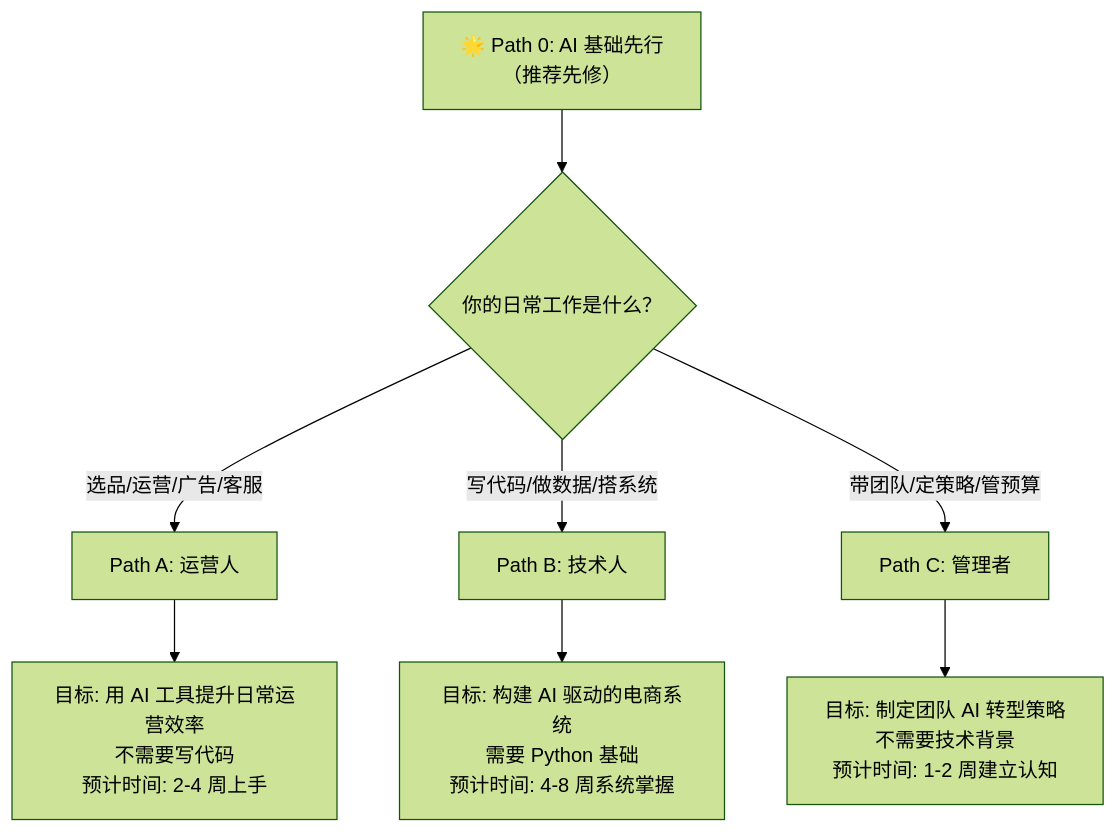
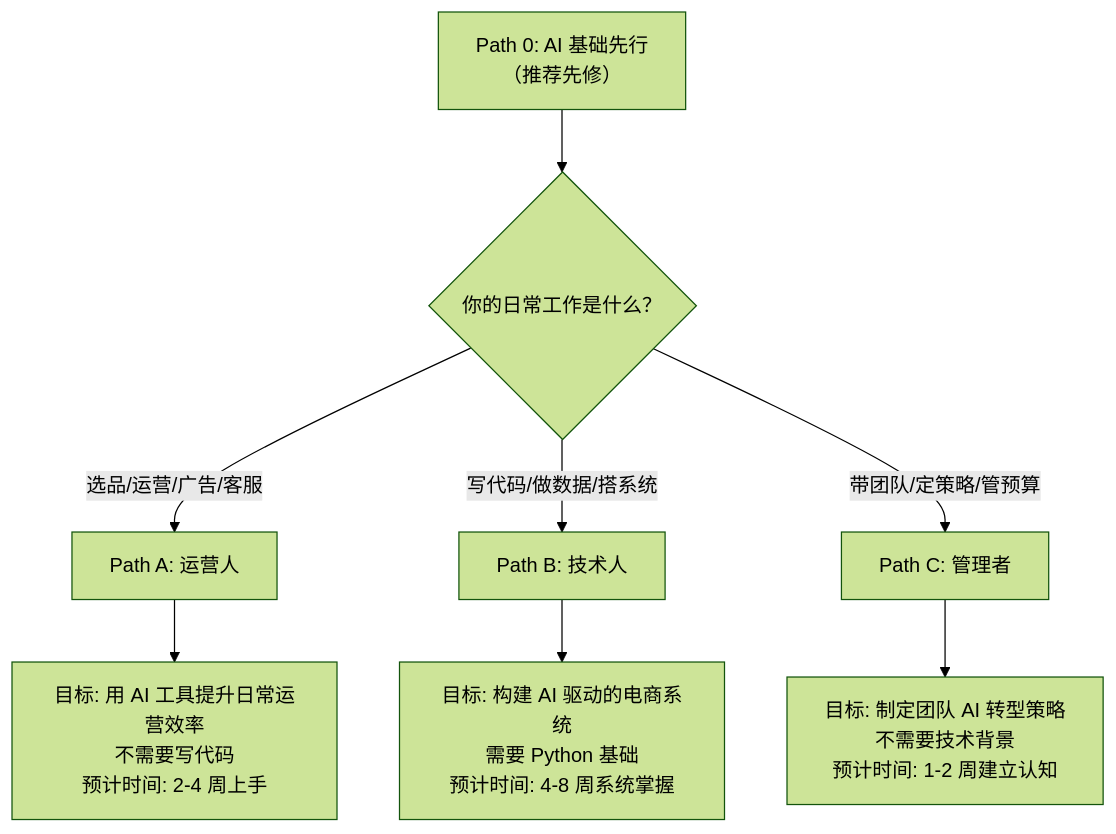
The first of 2 diagrams in README.md (kangise/ecommerce-ai-roadmap), drawn with Mermaid (forest theme) before and after one commit. The commit also changed other lines of this file and 185 other files, not shown here.

````diff
--- a/README.md
+++ b/README.md
@@ -163,13 +163,13 @@
 ```mermaid
 flowchart TD
-    P0["🌟 Path 0: AI 基础先行<br/>（推荐先修）"] --> Q1
-    Q1{"你的日常工作是什么？"}
-    
-    Q1 -->|"选品/运营/广告/客服"| A["Path A: 运营人"]
-    Q1 -->|"写代码/做数据/搭系统"| B["Path B: 技术人"]
-    Q1 -->|"带团队/定策略/管预算"| C["Path C: 管理者"]
-    
-    A --> A_DESC["目标: 用 AI 工具提升日常运营效率\n不需要写代码\n预计时间: 2-4 周上手"]
-    B --> B_DESC["目标: 构建 AI 驱动的电商系统\n需要 Python 基础\n预计时间: 4-8 周系统掌握"]
-    C --> C_DESC["目标: 制定团队 AI 转型策略\n不需要技术背景\n预计时间: 1-2 周建立认知"]
+P0[" Path 0: AI 基础先行<br/>（推荐先修）"] --> Q1
+Q1{"你的日常工作是什么？"}
+
+Q1 -->|"选品/运营/广告/客服"| A["Path A: 运营人"]
+Q1 -->|"写代码/做数据/搭系统"| B["Path B: 技术人"]
+Q1 -->|"带团队/定策略/管预算"| C["Path C: 管理者"]
+
+A --> A_DESC["目标: 用 AI 工具提升日常运营效率\n不需要写代码\n预计时间: 2-4 周上手"]
+B --> B_DESC["目标: 构建 AI 驱动的电商系统\n需要 Python 基础\n预计时间: 4-8 周系统掌握"]
+C --> C_DESC["目标: 制定团队 AI 转型策略\n不需要技术背景\n预计时间: 1-2 周建立认知"]
 ```
````
